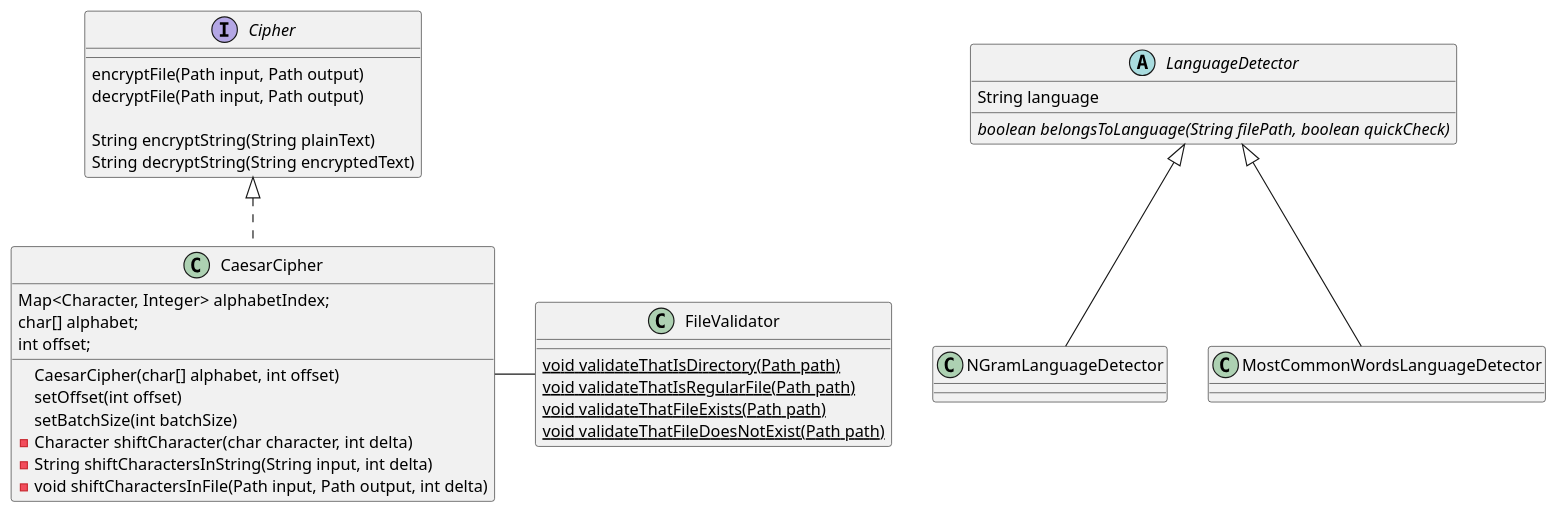
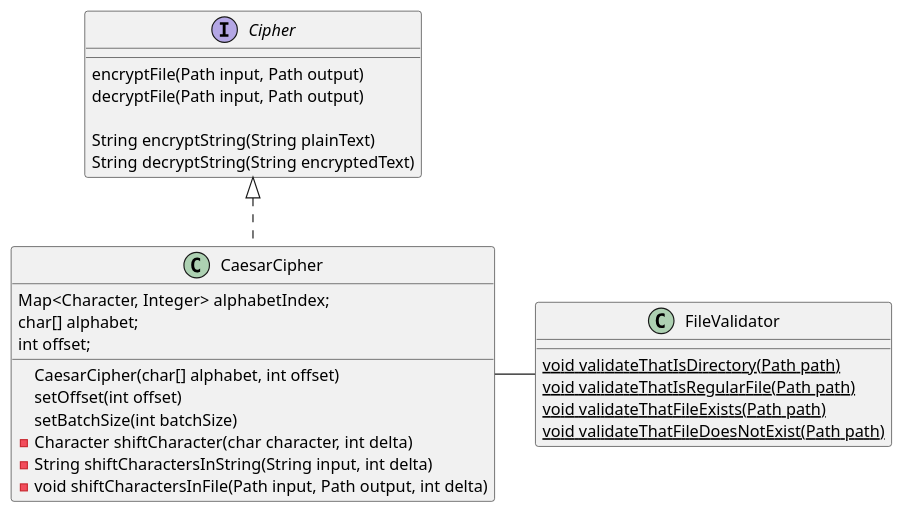
Before and after one commit to jlarteaga/cgu-cryptography-project: the diagram in docs/class-diagram.puml, drawn with PlantUML. The commit also changed 2 other files, not shown here.

```diff
--- a/docs/class-diagram.puml
+++ b/docs/class-diagram.puml
@@ -1,42 +1,33 @@
 @startuml
-
-abstract class LanguageDetector {
-    String language
-    {abstract} boolean belongsToLanguage(String filePath, boolean quickCheck)
-}
-
-class NGramLanguageDetector extends LanguageDetector {}
-
-class MostCommonWordsLanguageDetector extends LanguageDetector {}
 
 interface Cipher {
     encryptFile(Path input, Path output)
     decryptFile(Path input, Path output)
 
     String encryptString(String plainText)
     String decryptString(String encryptedText)
 }
 
 class CaesarCipher implements Cipher {
     Map<Character, Integer> alphabetIndex;
     char[] alphabet;
     int offset;
 
     CaesarCipher(char[] alphabet, int offset)
     setOffset(int offset)
     setBatchSize(int batchSize)
     - Character shiftCharacter(char character, int delta)
     - String shiftCharactersInString(String input, int delta)
     - void shiftCharactersInFile(Path input, Path output, int delta)
 }
 
 class FileValidator
 {
     {static} void validateThatIsDirectory(Path path)
     {static} void validateThatIsRegularFile(Path path)
     {static} void validateThatFileExists(Path path)
     {static} void validateThatFileDoesNotExist(Path path)
 }
 
 CaesarCipher - FileValidator
 @enduml
```
